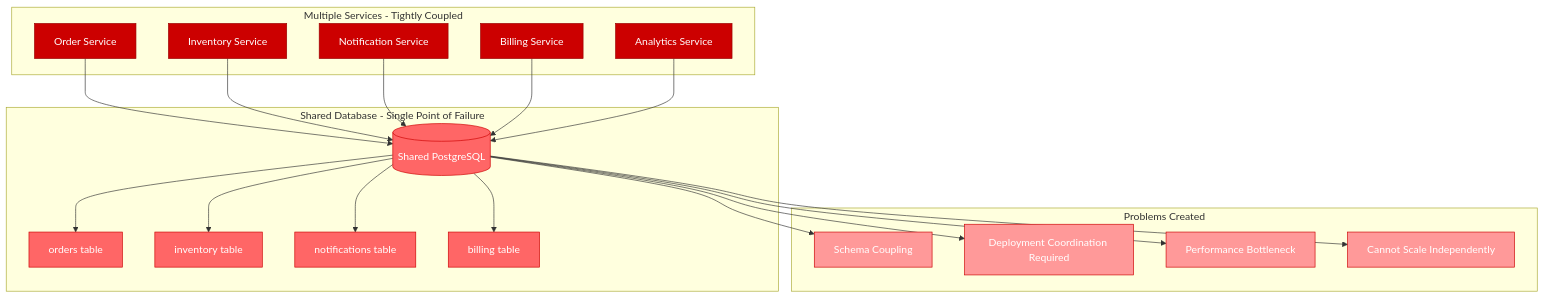
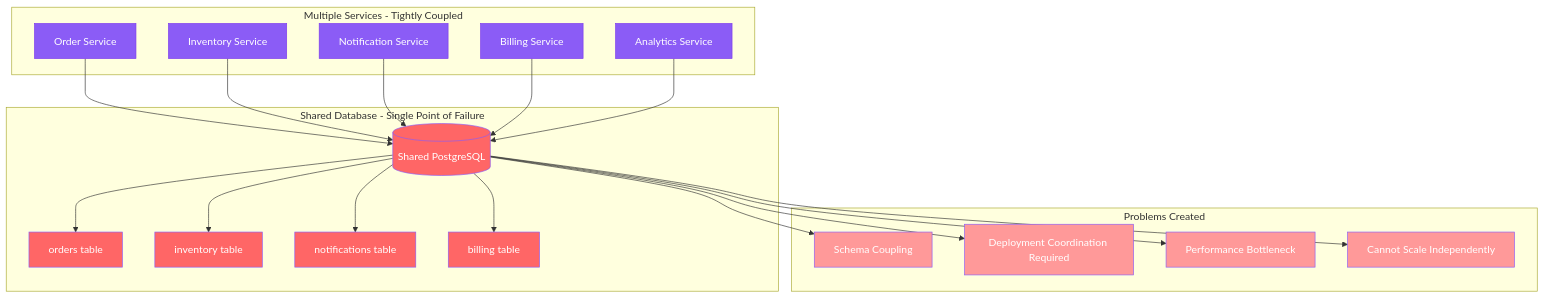
One commit to deepaucksharma/DS changed the sixth of 13 diagrams in site/docs/examples/pitfalls.md. Above: the diagram before and after it, drawn with Mermaid. The commit also changed other lines of this file and 303 other files, not shown here.

````diff
--- a/site/docs/examples/pitfalls.md
+++ b/site/docs/examples/pitfalls.md
@@ -271,52 +271,52 @@
 ```mermaid
 graph TB
     subgraph Services[Multiple Services - Tightly Coupled]
         ORDER_SVC[Order Service]
         INVENTORY_SVC[Inventory Service]
         NOTIFICATION_SVC[Notification Service]
         BILLING_SVC[Billing Service]
         ANALYTICS_SVC[Analytics Service]
     end
 
     subgraph SharedStorage[Shared Database - Single Point of Failure]
         SHARED_DB[(Shared PostgreSQL)]
         ORDERS_TABLE[orders table]
         INVENTORY_TABLE[inventory table]
         NOTIFICATIONS_TABLE[notifications table]
         BILLING_TABLE[billing table]
     end
 
     subgraph Problems[Problems Created]
         SCHEMA_COUPLING[Schema Coupling]
         DEPLOY_COORDINATION[Deployment Coordination Required]
         PERFORMANCE_BOTTLENECK[Performance Bottleneck]
         SCALING_LIMITATION[Cannot Scale Independently]
     end
 
     %% All services access same database
     ORDER_SVC --> SHARED_DB
     INVENTORY_SVC --> SHARED_DB
     NOTIFICATION_SVC --> SHARED_DB
     BILLING_SVC --> SHARED_DB
     ANALYTICS_SVC --> SHARED_DB
 
     %% Database contains all tables
     SHARED_DB --> ORDERS_TABLE
     SHARED_DB --> INVENTORY_TABLE
     SHARED_DB --> NOTIFICATIONS_TABLE
     SHARED_DB --> BILLING_TABLE
 
     %% Problems manifest
     SHARED_DB --> SCHEMA_COUPLING
     SHARED_DB --> DEPLOY_COORDINATION
     SHARED_DB --> PERFORMANCE_BOTTLENECK
     SHARED_DB --> SCALING_LIMITATION
 
-    classDef serviceStyle fill:#CC0000,stroke:#990000,color:#fff
-    classDef dbStyle fill:#FF6666,stroke:#CC0000,color:#fff
-    classDef problemStyle fill:#FF9999,stroke:#CC0000,color:#fff
+    classDef serviceStyle fill:#8B5CF6,stroke:#7C3AED,color:#fff
+    classDef dbStyle fill:#FF6666,stroke:#8B5CF6,color:#fff
+    classDef problemStyle fill:#FF9999,stroke:#8B5CF6,color:#fff
 
     class ORDER_SVC,INVENTORY_SVC,NOTIFICATION_SVC,BILLING_SVC,ANALYTICS_SVC serviceStyle
     class SHARED_DB,ORDERS_TABLE,INVENTORY_TABLE,NOTIFICATIONS_TABLE,BILLING_TABLE dbStyle
     class SCHEMA_COUPLING,DEPLOY_COORDINATION,PERFORMANCE_BOTTLENECK,SCALING_LIMITATION problemStyle
 ```
````
